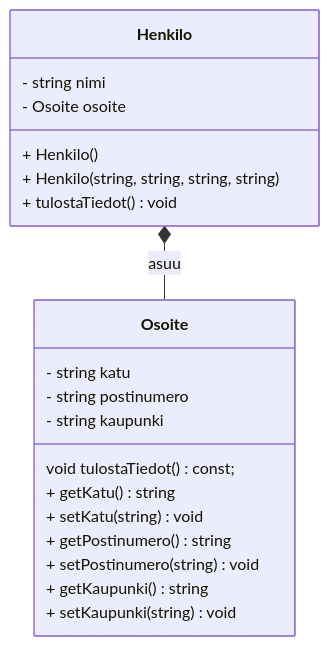
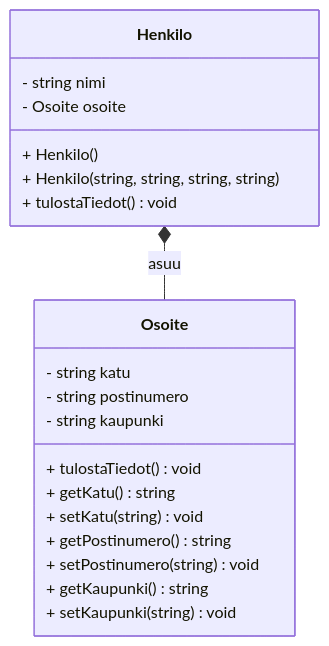
The diagram in h4t1/README.md (alaluuk/oliokurssin-esimerkit), drawn with Mermaid before and after one commit.

Commit message:
h4t1 ratkaisu ja luokkakaavio

````diff
--- a/h4t1/README.md
+++ b/h4t1/README.md
@@ -3,23 +3,23 @@
 ```mermaid
 classDiagram
     class Henkilo {
         - string nimi
         - Osoite osoite
         + Henkilo()
         + Henkilo(string, string, string, string)
         + tulostaTiedot() void
     }
     class Osoite {
         - string katu
         - string postinumero
         - string kaupunki
-            void tulostaTiedot() const;
+        + tulostaTiedot() void
         + getKatu() string
         + setKatu(string) void
         + getPostinumero() string
         + setPostinumero(string) void
         + getKaupunki() string
         + setKaupunki(string) void
     }
     Henkilo *-- Osoite : asuu
 ```
````
